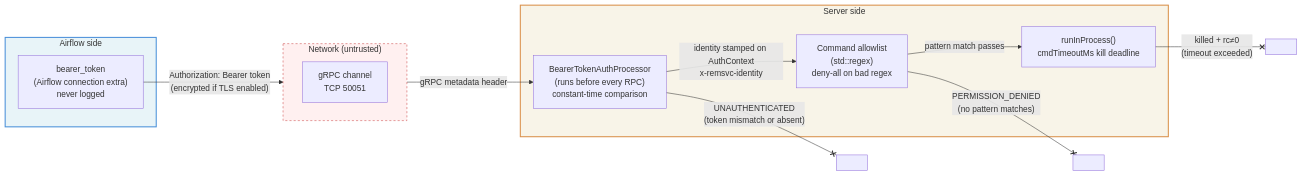
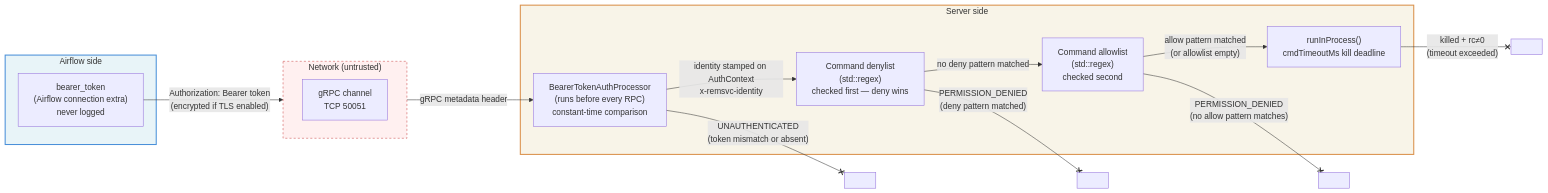
One commit to semihc/RemSvc changed the second of 2 diagrams in doc/diagram-deployment-topology.md. Above: the diagram before and after it, drawn with Mermaid. The commit also changed other lines of this file and 14 other files, not shown here.

````diff
--- a/doc/diagram-deployment-topology.md
+++ b/doc/diagram-deployment-topology.md
@@ -47,30 +47,33 @@
 ```mermaid
 graph LR
     subgraph untrusted ["Network (untrusted)"]
         direction LR
         CH["gRPC channel\nTCP 50051"]
     end
 
     subgraph airflow_side ["Airflow side"]
         AMETA["bearer_token\n(Airflow connection extra)\nnever logged"]
     end
 
     subgraph server_side ["Server side"]
         AUTH["BearerTokenAuthProcessor\n(runs before every RPC)\nconstant-time comparison"]
-        ALLOW["Command allowlist\n(std::regex)\ndeny-all on bad regex"]
+        DENY["Command denylist\n(std::regex)\nchecked first — deny wins"]
+        ALLOW["Command allowlist\n(std::regex)\nchecked second"]
         EXEC["runInProcess()\ncmdTimeoutMs kill deadline"]
     end
 
     AMETA -->|"Authorization: Bearer token\n(encrypted if TLS enabled)"| CH
     CH    -->|"gRPC metadata header"| AUTH
-    AUTH  -->|"identity stamped on AuthContext\nx-remsvc-identity"| ALLOW
-    ALLOW -->|"pattern match passes"| EXEC
+    AUTH  -->|"identity stamped on AuthContext\nx-remsvc-identity"| DENY
+    DENY  -->|"no deny pattern matched"| ALLOW
+    ALLOW -->|"allow pattern matched\n(or allowlist empty)"| EXEC
 
     AUTH  --x|"UNAUTHENTICATED\n(token mismatch or absent)"| X1[ ]
-    ALLOW --x|"PERMISSION_DENIED\n(no pattern matches)"| X2[ ]
-    EXEC  --x|"killed + rc≠0\n(timeout exceeded)"| X3[ ]
+    DENY  --x|"PERMISSION_DENIED\n(deny pattern matched)"| X2[ ]
+    ALLOW --x|"PERMISSION_DENIED\n(no allow pattern matches)"| X3[ ]
+    EXEC  --x|"killed + rc≠0\n(timeout exceeded)"| X4[ ]
 
     style untrusted    fill:#fff0f0,stroke:#cc4444,stroke-width:1px,stroke-dasharray:4
     style airflow_side fill:#e8f4f8,stroke:#4a90d9,stroke-width:2px
     style server_side  fill:#f8f4e8,stroke:#d9904a,stroke-width:2px
 ```
````
